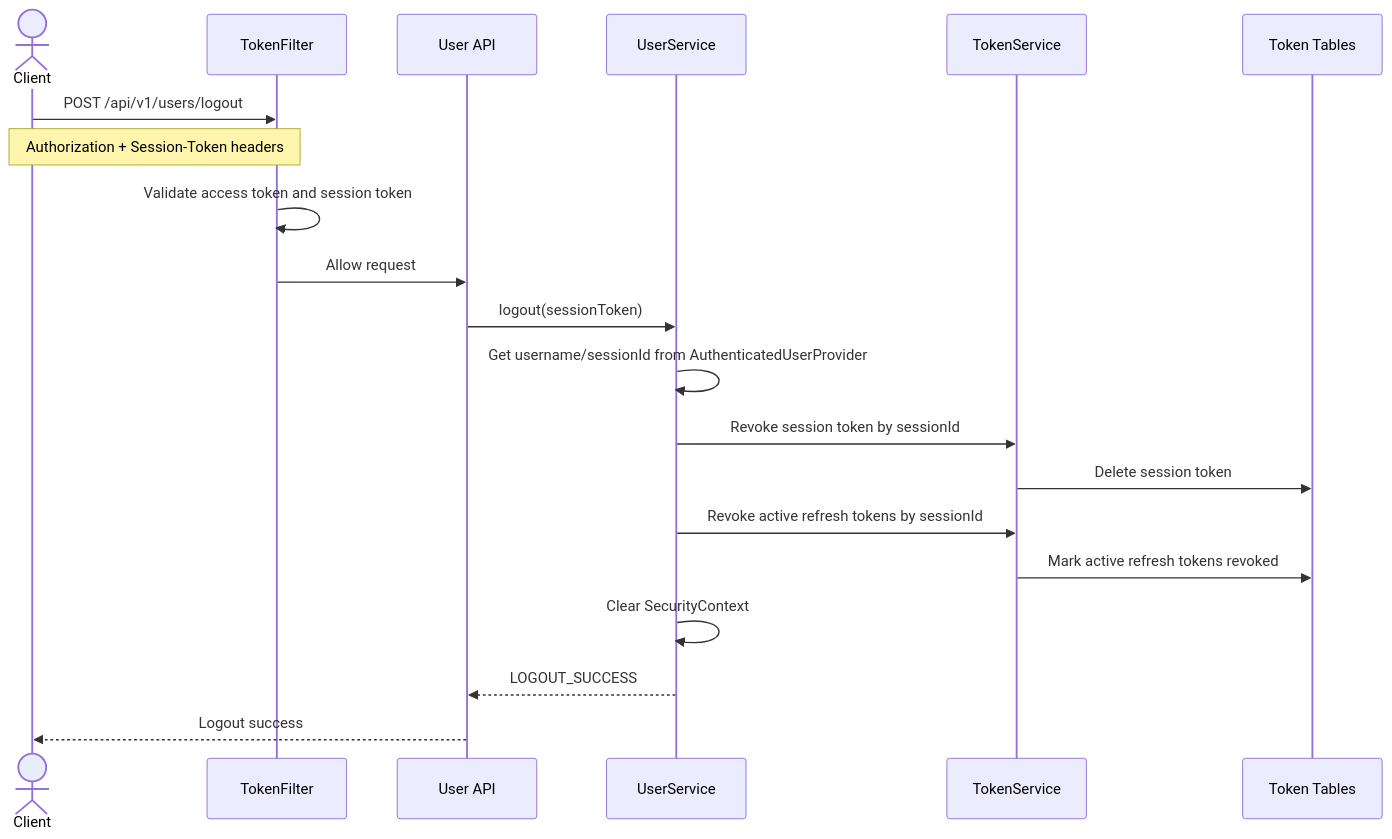
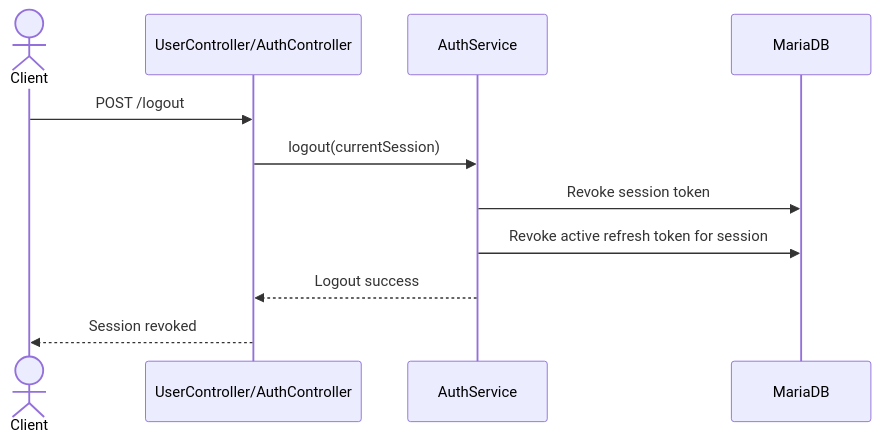
Before and after one commit to JustinBui22/wandermate-fullstack: the fourth of 4 diagrams in backend/docs/AUTH_FLOW.md, drawn with Mermaid. The commit also changed other lines of this file and 6 other files, not shown here.

````diff
--- a/backend/docs/AUTH_FLOW.md
+++ b/backend/docs/AUTH_FLOW.md
@@ -156,23 +144,14 @@
 ```mermaid
 sequenceDiagram
     actor Client
-    participant TokenFilter
-    participant UserAPI as User API
-    participant UserService
-    participant TokenService
-    participant DB as Token Tables
+    participant Controller as UserController/AuthController
+    participant Service as AuthService
+    participant DB as MariaDB
 
-    Client->>TokenFilter: POST /api/v1/users/logout
-    Note over Client,TokenFilter: Authorization + Session-Token headers
-    TokenFilter->>TokenFilter: Validate access token and session token
-    TokenFilter->>UserAPI: Allow request
-    UserAPI->>UserService: logout(sessionToken)
-    UserService->>UserService: Get username/sessionId from AuthenticatedUserProvider
-    UserService->>TokenService: Revoke session token by sessionId
-    TokenService->>DB: Delete session token
-    UserService->>TokenService: Revoke active refresh tokens by sessionId
-    TokenService->>DB: Mark active refresh tokens revoked
-    UserService->>UserService: Clear SecurityContext
-    UserService-->>UserAPI: LOGOUT_SUCCESS
-    UserAPI-->>Client: Logout success
+    Client->>Controller: POST /logout
+    Controller->>Service: logout(currentSession)
+    Service->>DB: Revoke session token
+    Service->>DB: Revoke active refresh token for session
+    Service-->>Controller: Logout success
+    Controller-->>Client: Session revoked
 ```
````
